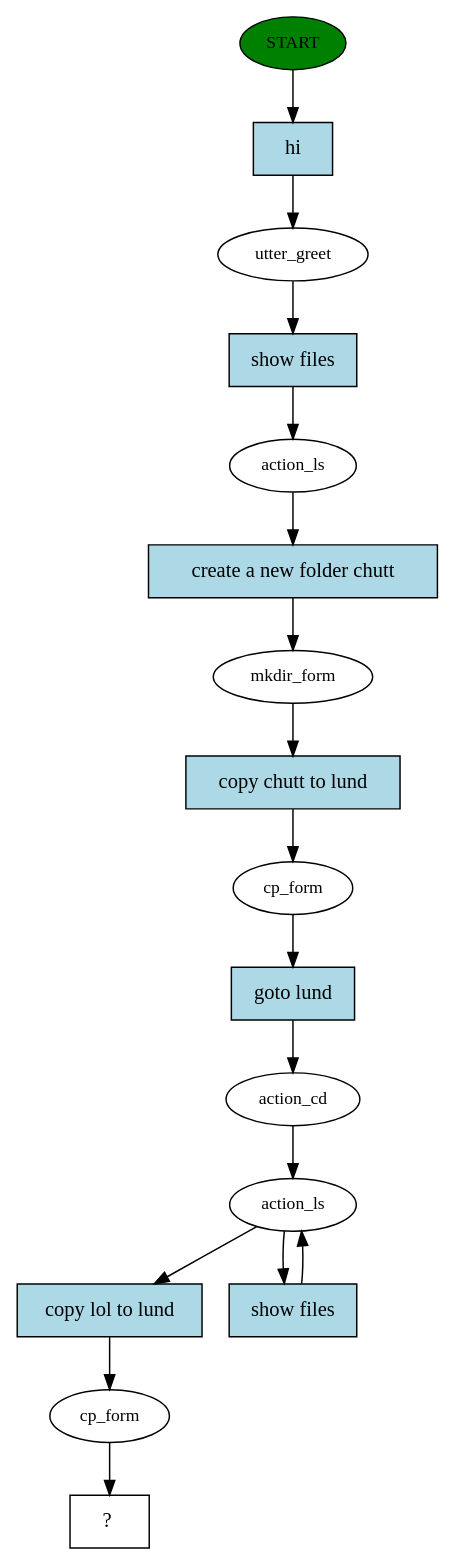
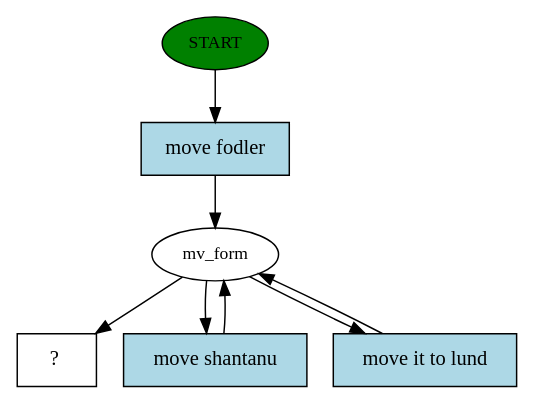
The diagram in story_graph.dot (tanmaysinghal98/chatbot), drawn with Graphviz before and after one commit. The commit also changed 17 other files, not shown here.

```diff
--- a/story_graph.dot
+++ b/story_graph.dot
@@ -1,34 +1,15 @@
 digraph  {
 0 [class="start active", fillcolor=green, fontsize=12, label=START, style=filled];
-1 [class=active, fontsize=12, label=utter_greet];
-2 [class=active, fontsize=12, label=action_ls];
-3 [class=active, fontsize=12, label=mkdir_form];
-4 [class=active, fontsize=12, label=cp_form];
-5 [class=active, fontsize=12, label=action_cd];
-6 [class=active, fontsize=12, label=action_ls];
-8 [class=active, fontsize=12, label=cp_form];
-9 [class="intent dashed active", label="  ?  ", shape=rect];
-10 [class="intent active", fillcolor=lightblue, label=hi, shape=rect, style=filled];
-11 [class="intent active", fillcolor=lightblue, label="show files", shape=rect, style=filled];
-12 [class="intent active", fillcolor=lightblue, label="create a new folder chutt", shape=rect, style=filled];
-13 [class="intent active", fillcolor=lightblue, label="copy chutt to lund", shape=rect, style=filled];
-14 [class="intent active", fillcolor=lightblue, label="goto lund", shape=rect, style=filled];
-15 [class="intent active", fillcolor=lightblue, label="copy lol to lund", shape=rect, style=filled];
-16 [class="intent active", fillcolor=lightblue, label="show files", shape=rect, style=filled];
-0 -> 10  [class=active, key=0];
-1 -> 11  [class=active, key=0];
-2 -> 12  [class=active, key=0];
-3 -> 13  [class=active, key=0];
-4 -> 14  [class=active, key=0];
-5 -> 6  [class=active, key=NONE, label=""];
-6 -> 15  [class=active, key=0];
-6 -> 16  [class=active, key=0];
-8 -> 9  [class=active, key=NONE, label=""];
-10 -> 1  [class=active, key=0];
-11 -> 2  [class=active, key=0];
-12 -> 3  [class=active, key=0];
-13 -> 4  [class=active, key=0];
-14 -> 5  [class=active, key=0];
-15 -> 8  [class=active, key=0];
-16 -> 6  [class=active, key=0];
+1 [class=active, fontsize=12, label=mv_form];
+4 [class="intent dashed active", label="  ?  ", shape=rect];
+5 [class="intent active", fillcolor=lightblue, label="move fodler", shape=rect, style=filled];
+6 [class="intent active", fillcolor=lightblue, label="move shantanu", shape=rect, style=filled];
+7 [class="intent active", fillcolor=lightblue, label="move it to lund", shape=rect, style=filled];
+0 -> 5  [class=active, key=0];
+1 -> 4  [class=active, key=NONE, label=""];
+1 -> 6  [class=active, key=0];
+1 -> 7  [class=active, key=0];
+5 -> 1  [class=active, key=0];
+6 -> 1  [class=active, key=0];
+7 -> 1  [class=active, key=0];
 }
```
